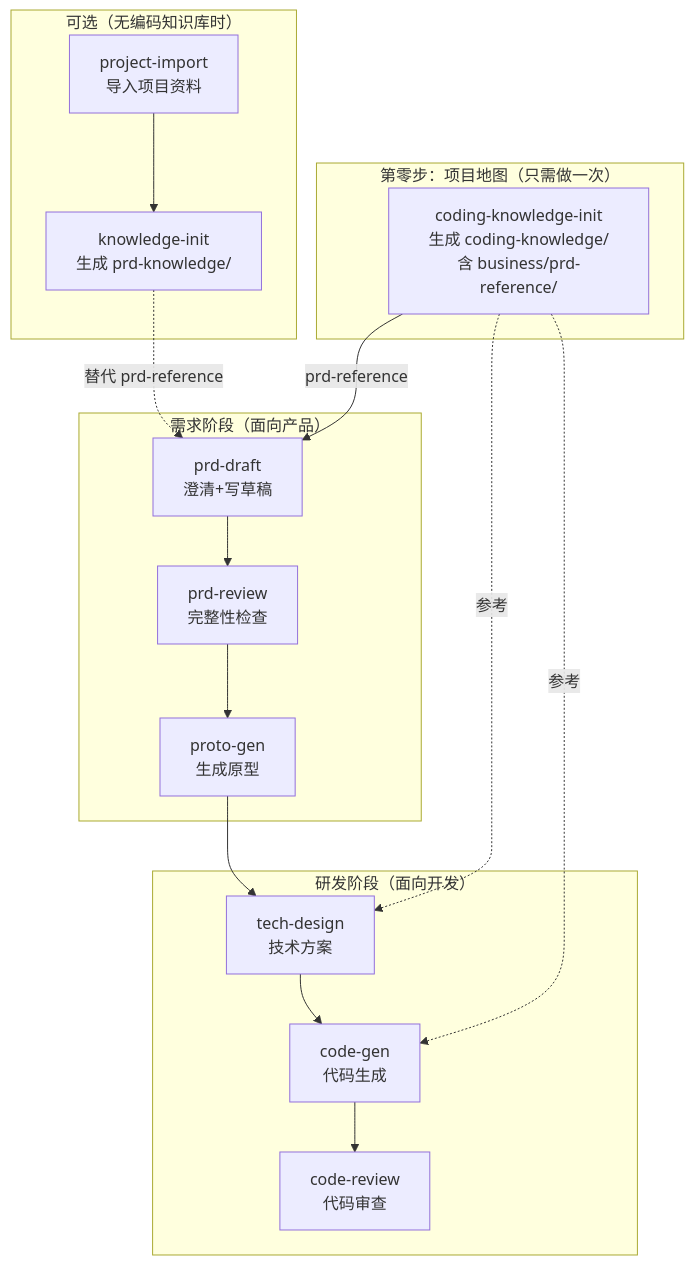
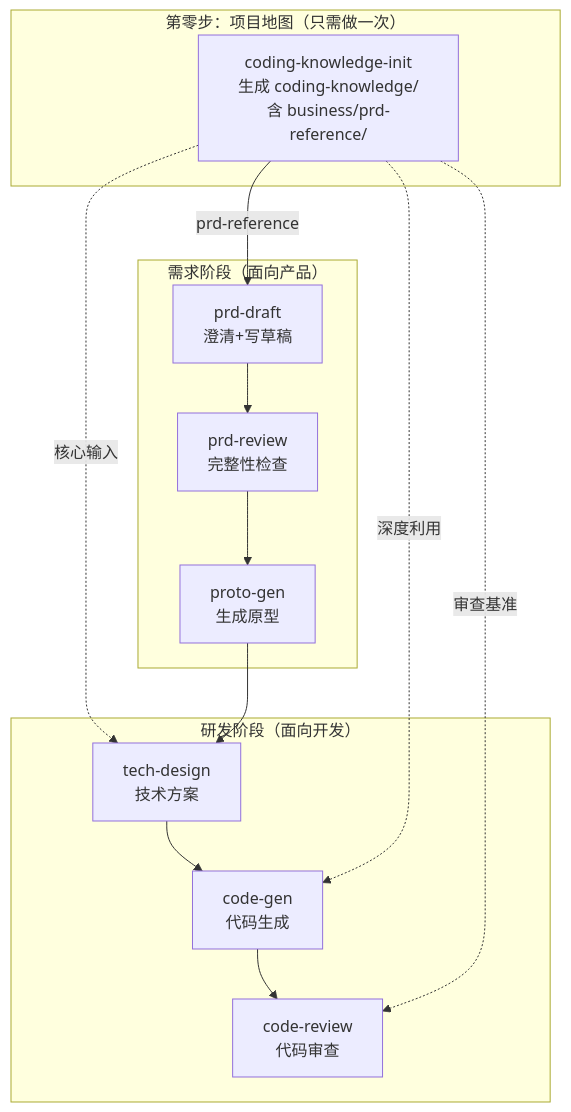
The diagram in README.md (wuyining0130/c-room), drawn with Mermaid before and after one commit. The commit also changed other lines of this file and 16 other files, not shown here.

First line of the commit message:
精简流程：删除 knowledge-init/project-import，拆分超长 SKILL.md

````diff
--- a/README.md
+++ b/README.md
@@ -196,32 +188,26 @@
 ```mermaid
 flowchart TD
     subgraph 基础["第零步：项目地图（只需做一次）"]
         CKI["coding-knowledge-init<br/>生成 coding-knowledge/<br/>含 business/prd-reference/"]
     end
 
     subgraph PRD["需求阶段（面向产品）"]
         PD["prd-draft<br/>澄清+写草稿"]
         PR["prd-review<br/>完整性检查"]
         PG["proto-gen<br/>生成原型"]
         PD --> PR --> PG
     end
 
     subgraph DEV["研发阶段（面向开发）"]
         TD_["tech-design<br/>技术方案"]
         CG["code-gen<br/>代码生成"]
         CR["code-review<br/>代码审查"]
         TD_ --> CG --> CR
     end
 
-    subgraph OPT["可选（无编码知识库时）"]
-        PI["project-import<br/>导入项目资料"]
-        KI["knowledge-init<br/>生成 prd-knowledge/"]
-        PI --> KI
-    end
-
     CKI -->|prd-reference| PD
-    CKI -.->|参考| TD_
-    CKI -.->|参考| CG
+    CKI -.->|核心输入| TD_
+    CKI -.->|深度利用| CG
+    CKI -.->|审查基准| CR
     PG --> TD_
-    KI -.->|替代 prd-reference| PD
 ```
````
